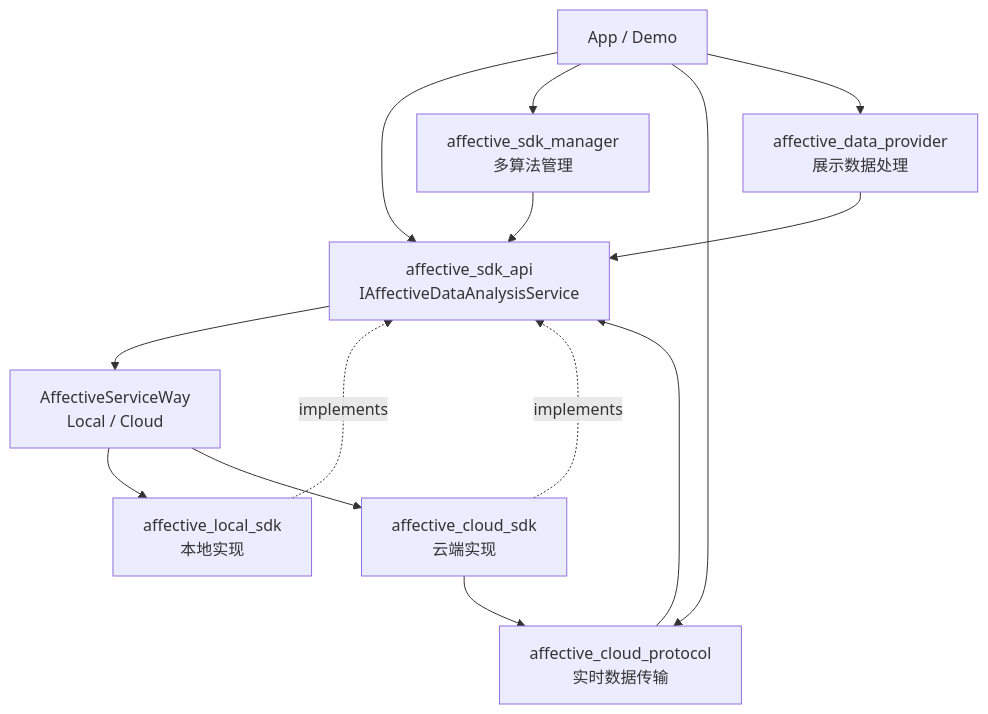
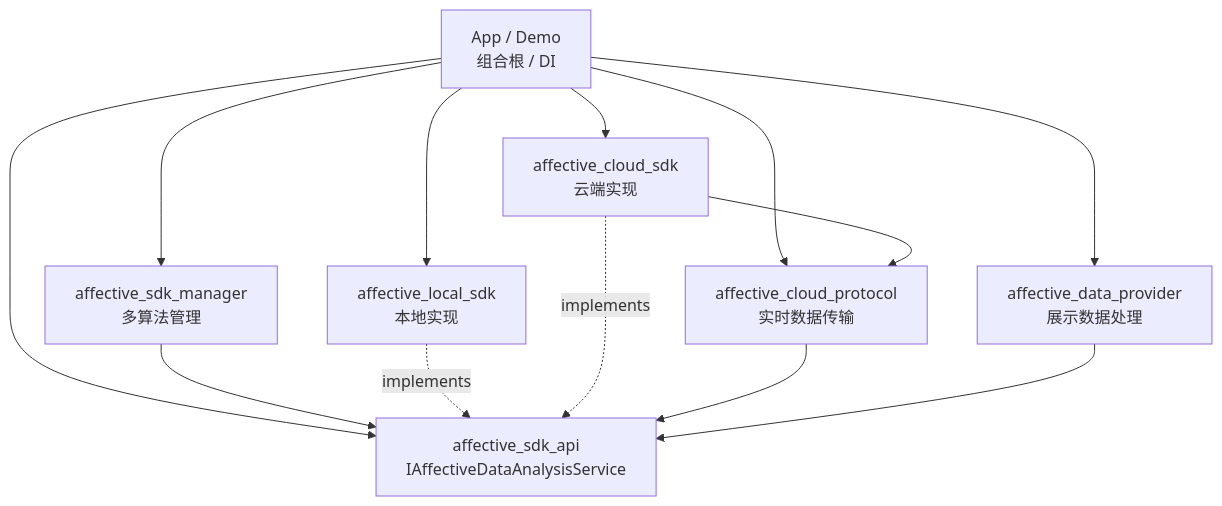
The diagram in README.md (Entertech/Enter-AffectiveCloud-Android-SDK), drawn with Mermaid before and after one commit. The commit also changed other lines of this file, not shown here.

Commit message:
[codex] clarify service selection in readme

````diff
--- a/README.md
+++ b/README.md
@@ -48,16 +48,15 @@
 ```mermaid
 flowchart TD
-    App["App / Demo"] --> API["affective_sdk_api<br/>IAffectiveDataAnalysisService"]
-    API --> Way["AffectiveServiceWay<br/>Local / Cloud"]
-    Way --> Local["affective_local_sdk<br/>本地实现"]
-    Way --> Cloud["affective_cloud_sdk<br/>云端实现"]
+    App["App / Demo<br/>组合根 / DI"] --> API["affective_sdk_api<br/>IAffectiveDataAnalysisService"]
+    App --> Local["affective_local_sdk<br/>本地实现"]
+    App --> Cloud["affective_cloud_sdk<br/>云端实现"]
     App --> Manager["affective_sdk_manager<br/>多算法管理"]
     App --> Protocol["affective_cloud_protocol<br/>实时数据传输"]
     App --> Provider["affective_data_provider<br/>展示数据处理"]
     Manager --> API
     Local -. implements .-> API
     Cloud -. implements .-> API
     Cloud --> Protocol
     Protocol --> API
     Provider --> API
 ```
````
